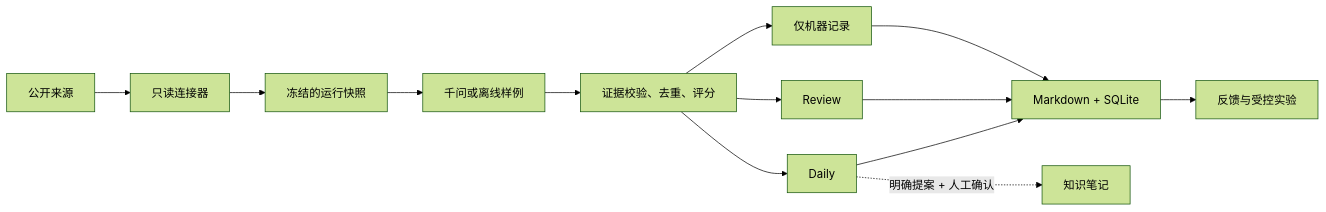
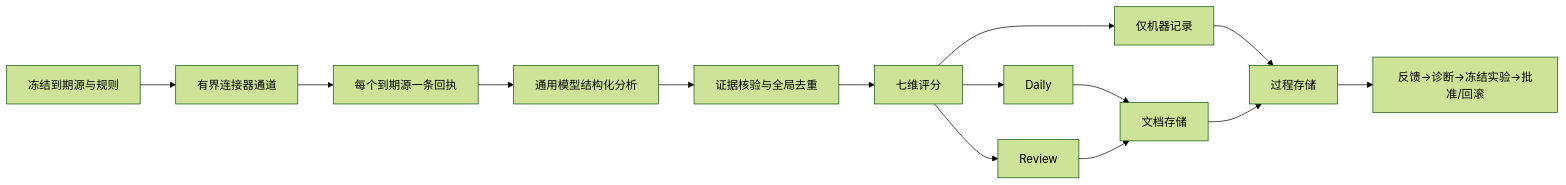
Before and after one commit to RacYang/briefwright: the diagram in README.zh-CN.md, drawn with Mermaid (forest theme). The commit also changed other lines of this file and 111 other files, not shown here.

````diff
--- a/README.zh-CN.md
+++ b/README.zh-CN.md
@@ -115,15 +108,16 @@
 ```mermaid
 flowchart LR
-  A["公开来源"] --> B["只读连接器"]
-  B --> C["冻结的运行快照"]
-  C --> D["千问或离线样例"]
-  D --> E["证据校验、去重、评分"]
-  E --> F["Daily"]
-  E --> G["Review"]
-  E --> H["仅机器记录"]
-  F --> I["Markdown + SQLite"]
-  G --> I
-  H --> I
-  I --> J["反馈与受控实验"]
-  F -. "明确提案 + 人工确认" .-> K["知识笔记"]
+  A["冻结到期源与规则"] --> B["有界连接器通道"]
+  B --> C["每个到期源一条回执"]
+  C --> D["通用模型结构化分析"]
+  D --> E["证据核验与全局去重"]
+  E --> F["七维评分"]
+  F --> G["Daily"]
+  F --> H["Review"]
+  F --> I["仅机器记录"]
+  G --> J["文档存储"]
+  H --> J
+  I --> K["过程存储"]
+  J --> K
+  K --> L["反馈→诊断→冻结实验→批准/回滚"]
 ```
````
